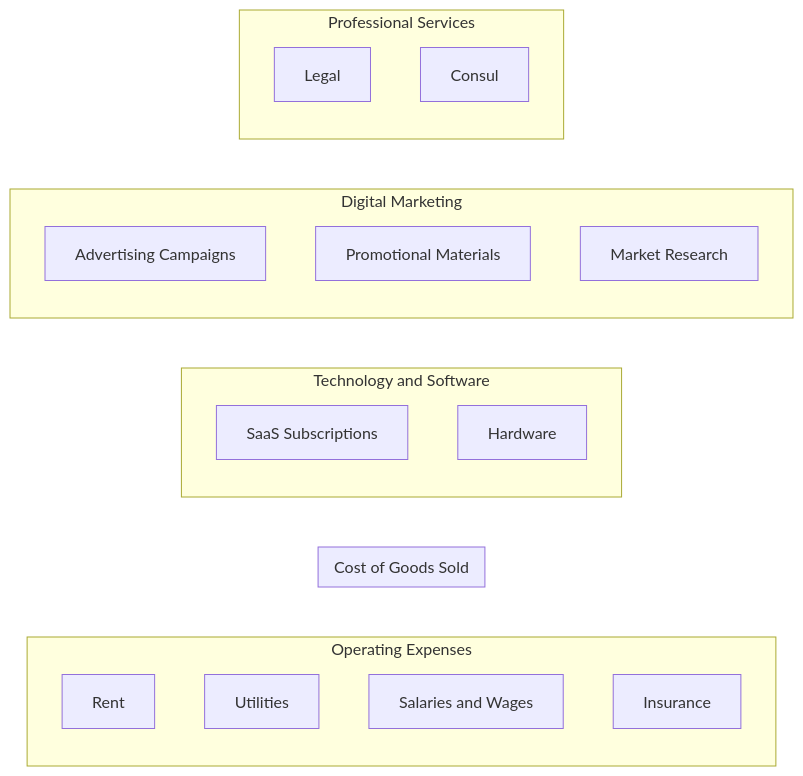
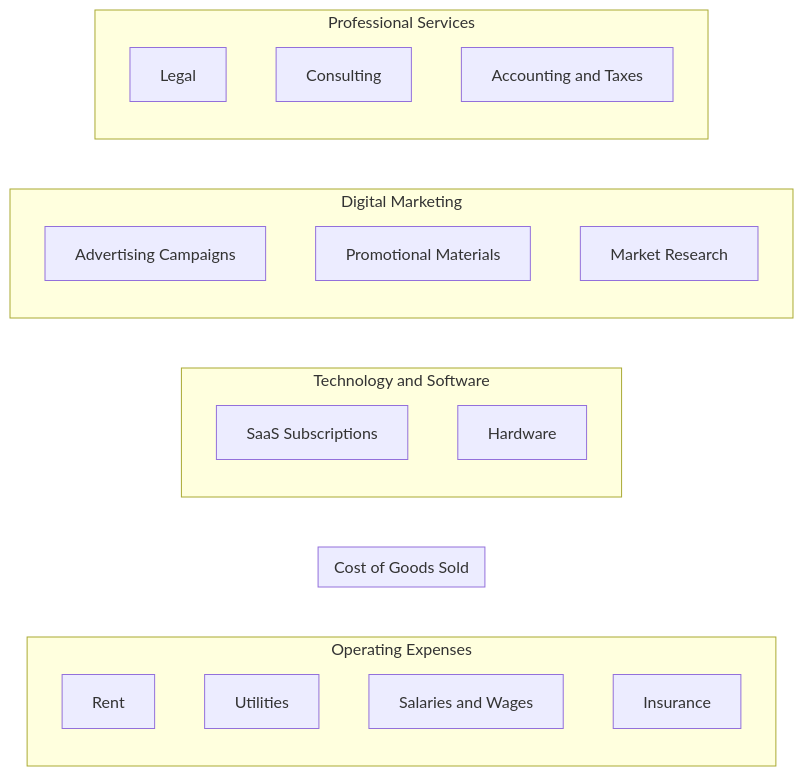
The diagram in 04-RESOURCES/Checklists/Checklist - Business Expense Categories.md (noclocks/NoClocksVault), drawn with Mermaid before and after one commit. The commit also changed 1 other file, not shown here.

Commit message:
[auto]: vault backup - 2 files changed | 2024-04-23 11:54:05 | DESKTOP-MSI
Affected files:
04-RESOURCES/Checklists/Checklist - Business Expense Categories.md
04-RESOURCES/Checklists/Checklist - Email Inbox Zero.md

````diff
--- a/04-RESOURCES/Checklists/Checklist - Business Expense Categories.md
+++ b/04-RESOURCES/Checklists/Checklist - Business Expense Categories.md
@@ -39,25 +39,26 @@
 ```mermaid
 graph LR
   subgraph ops[Operating Expenses]
     rent[Rent]
     utils[Utilities]
     wages[Salaries and Wages]
     insurance[Insurance]
   end
   subgraph cogs[Cost of Goods Sold]
   end
   subgraph tech[Technology and Software]
     subs[SaaS Subscriptions]
     hardware[Hardware]
   end
   subgraph marketing[Digital Marketing]
     ads[Advertising Campaigns]
     promotions[Promotional Materials]
     research[Market Research]
   end
   subgraph services[Professional Services]
     legal[Legal]
-    consulting[Consul]
+    consulting[Consulting]
+    accounting[Accounting and Taxes]
   end
   
 ```
````
